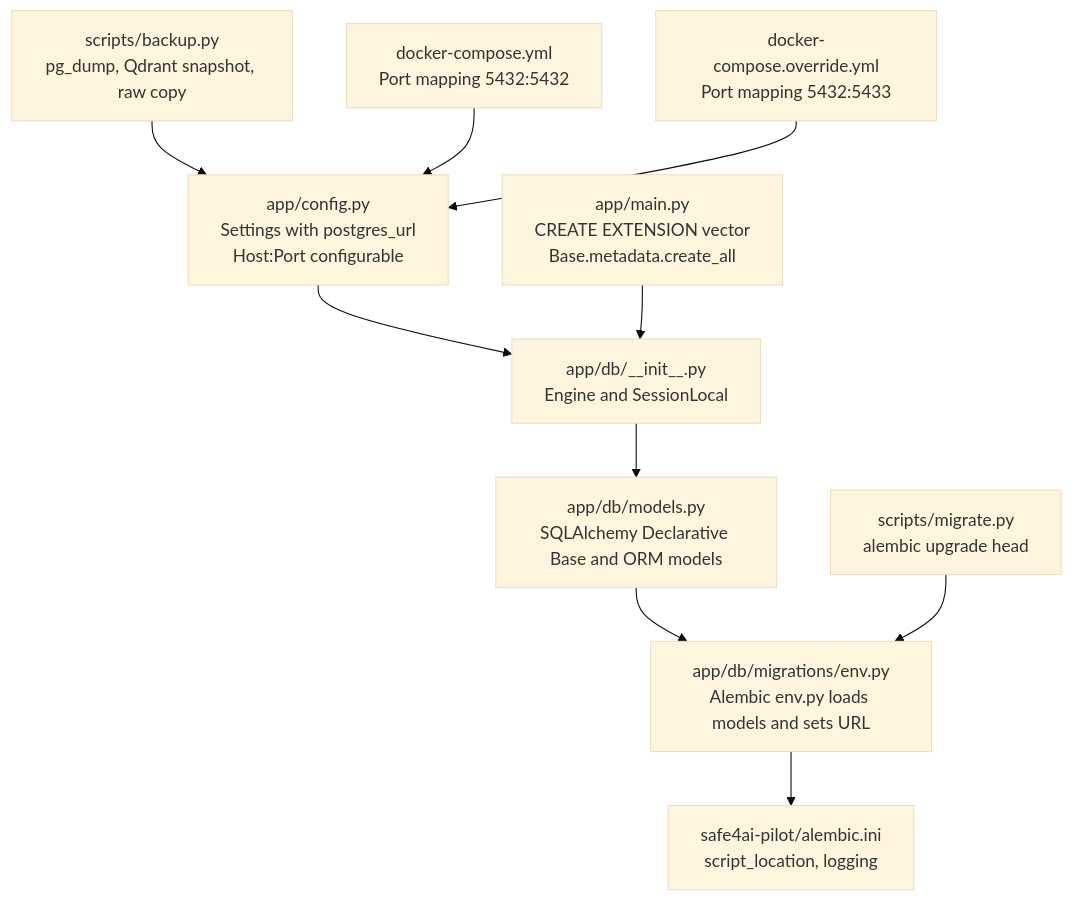
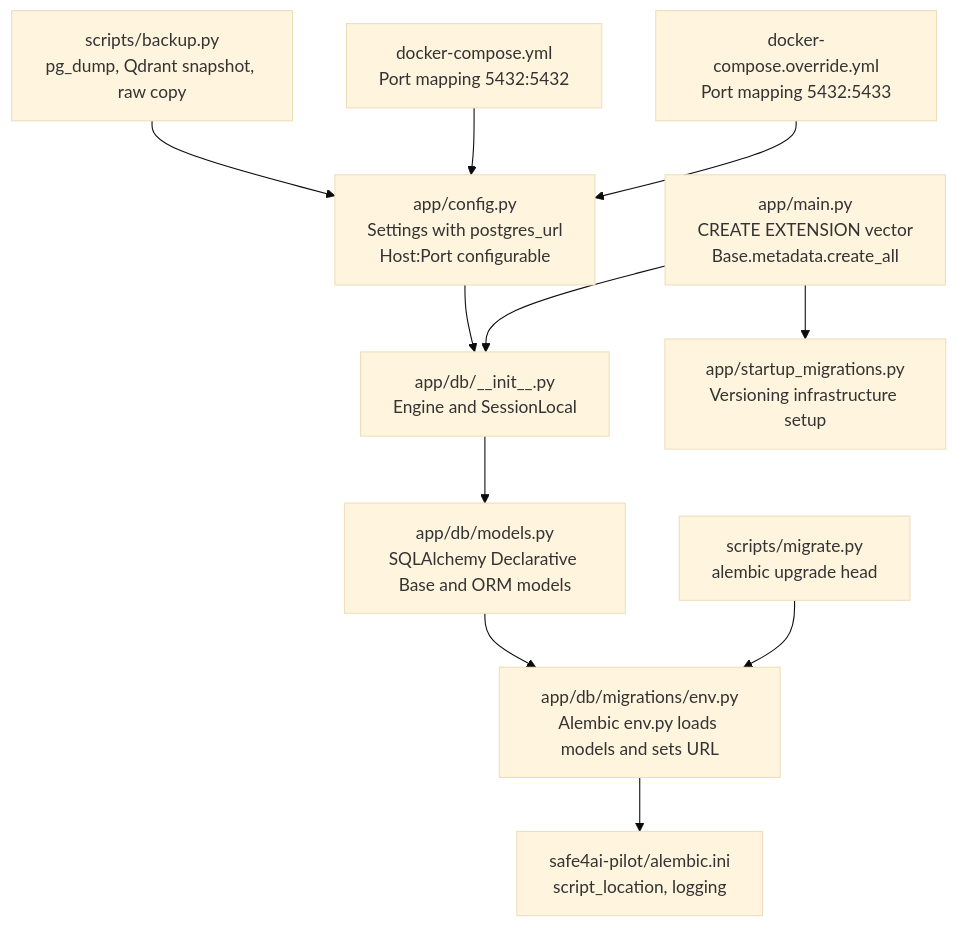
The first of 7 diagrams in .qoder/repowiki/en/content/Database Design/Database Design.md (genes8/private-ai), drawn with Mermaid (base theme) before and after one commit. The commit also changed other lines of this file and 7 other files, not shown here.

First line of the commit message:
fix: startup_migrations SQLAlchemy text() bind-parameter parsing bug

````diff
--- a/.qoder/repowiki/en/content/Database Design/Database Design.md
+++ b/.qoder/repowiki/en/content/Database Design/Database Design.md
@@ -47,12 +50,13 @@
 ```mermaid
 graph TB
 Config["app/config.py<br/>Settings with postgres_url<br/>Host:Port configurable"] --> DBInit["app/db/__init__.py<br/>Engine and SessionLocal"]
 DBInit --> Models["app/db/models.py<br/>SQLAlchemy Declarative Base and ORM models"]
 Models --> MigrationsEnv["app/db/migrations/env.py<br/>Alembic env.py loads models and sets URL"]
 MigrationsEnv --> AlembicIni["safe4ai-pilot/alembic.ini<br/>script_location, logging"]
 Startup["app/main.py<br/>CREATE EXTENSION vector<br/>Base.metadata.create_all"] --> DBInit
+Startup --> StartupMigrations["app/startup_migrations.py<br/>Versioning infrastructure setup"]
 ScriptsMigrate["scripts/migrate.py<br/>alembic upgrade head"] --> MigrationsEnv
 ScriptsBackup["scripts/backup.py<br/>pg_dump, Qdrant snapshot, raw copy"] --> Config
 DockerCompose["docker-compose.yml<br/>Port mapping 5432:5432"] --> Config
 DockerOverride["docker-compose.override.yml<br/>Port mapping 5432:5433"] --> Config
 ```
````
